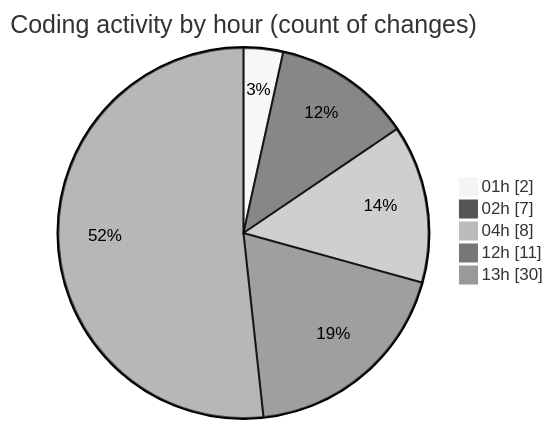
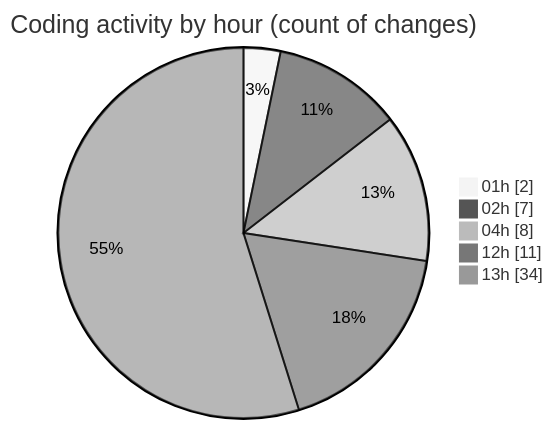
Before and after one commit to lephambinh05/code-tracking: the second of 2 diagrams in 2025-08-11/rentotp/README.md, drawn with Mermaid (neutral theme). The commit also changed other lines of this file and 1 other file, not shown here.

````diff
--- a/2025-08-11/rentotp/README.md
+++ b/2025-08-11/rentotp/README.md
@@ -40,9 +42,9 @@
 ```mermaid
 pie showData
 title Coding activity by hour (count of changes)
 "01h" : 2
 "02h" : 7
 "04h" : 8
 "12h" : 11
-"13h" : 30
+"13h" : 34
 ```
````
